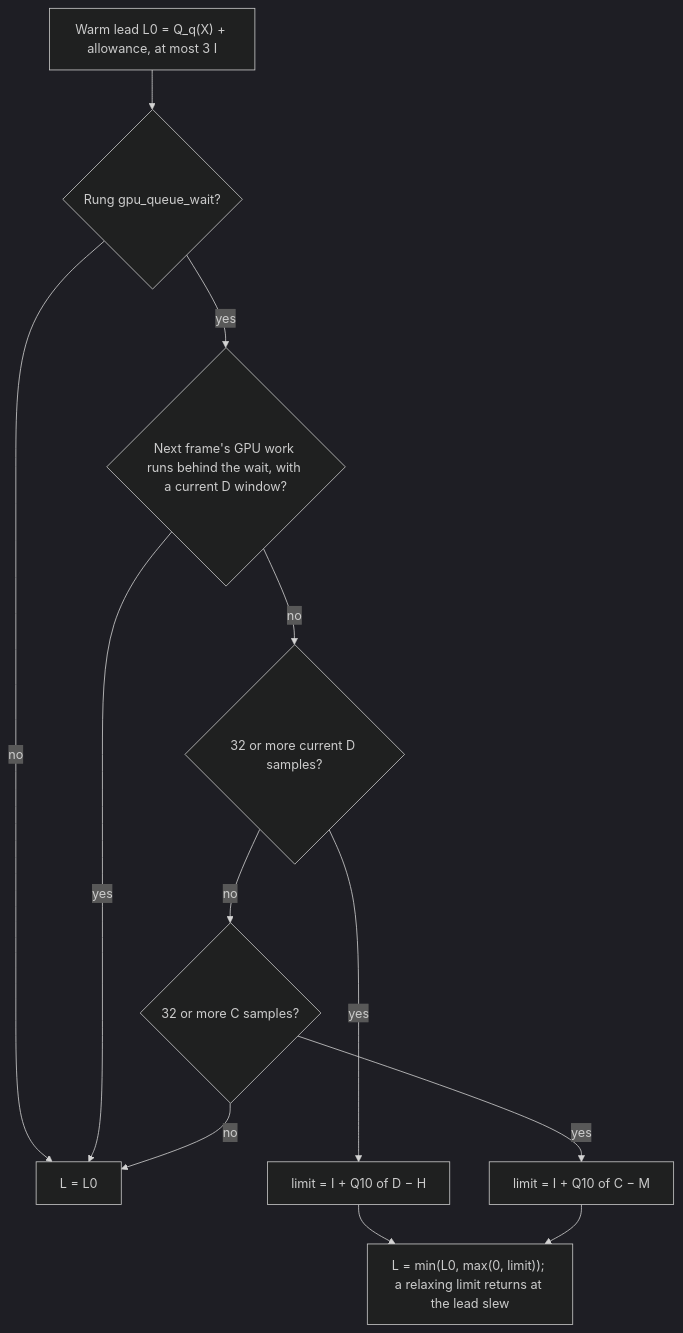
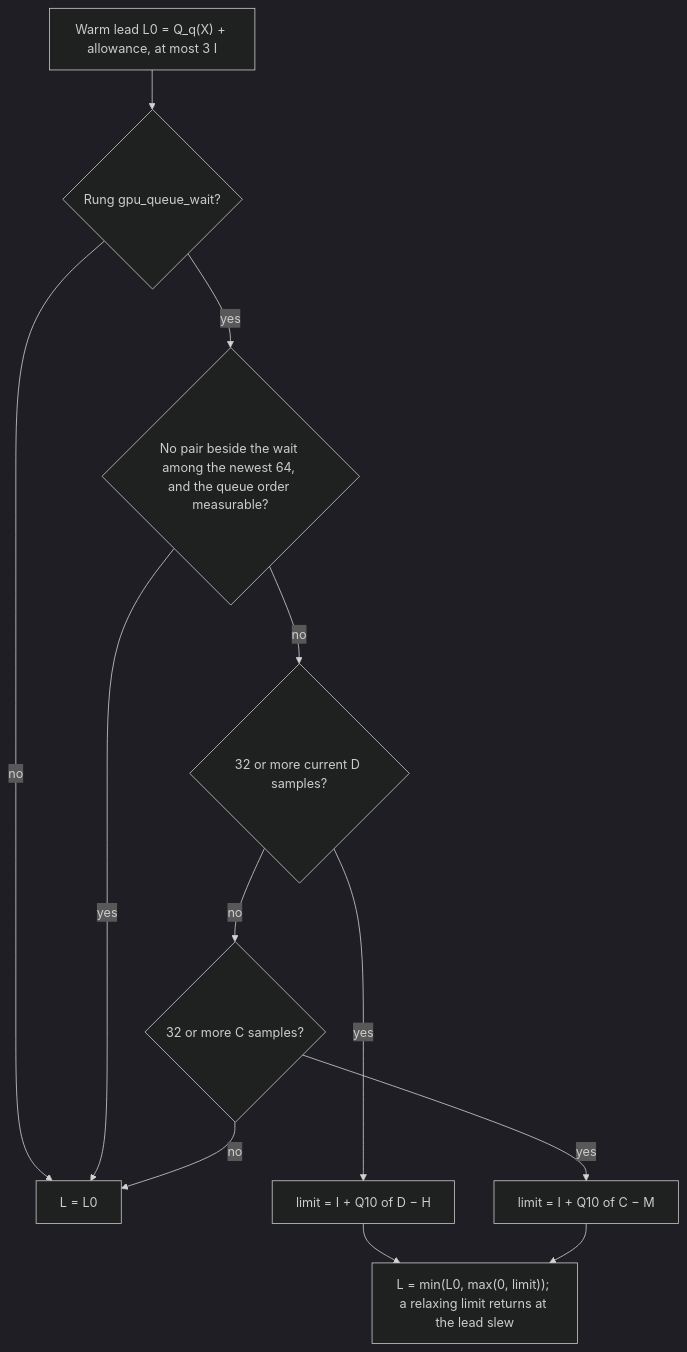
Before and after one commit to RankFTW/ReLimiter: the eighth of 10 diagrams in docs/FRAME_PACING.md, drawn with Mermaid (dark theme). The commit also changed other lines of this file and 9 other files, not shown here.

````diff
--- a/docs/FRAME_PACING.md
+++ b/docs/FRAME_PACING.md
@@ -448,14 +448,14 @@
 ```mermaid
 flowchart TD
     A["Warm lead L0 = Q_q(X) + allowance, at most 3 I"] --> B{"Rung gpu_queue_wait?"}
     B -->|no| Z["L = L0"]
-    B -->|yes| C{"Next frame's GPU work runs behind the wait, with a current D window?"}
+    B -->|yes| C{"No pair beside the wait among the newest 64, and the queue order measurable?"}
     C -->|yes| Z
     C -->|no| D{"32 or more current D samples?"}
     D -->|yes| E["limit = I + Q10 of D − H"]
     D -->|no| F{"32 or more C samples?"}
     F -->|yes| G["limit = I + Q10 of C − M"]
     F -->|no| Z
     E --> H["L = min(L0, max(0, limit)); a relaxing limit returns at the lead slew"]
     G --> H
 ```
````
